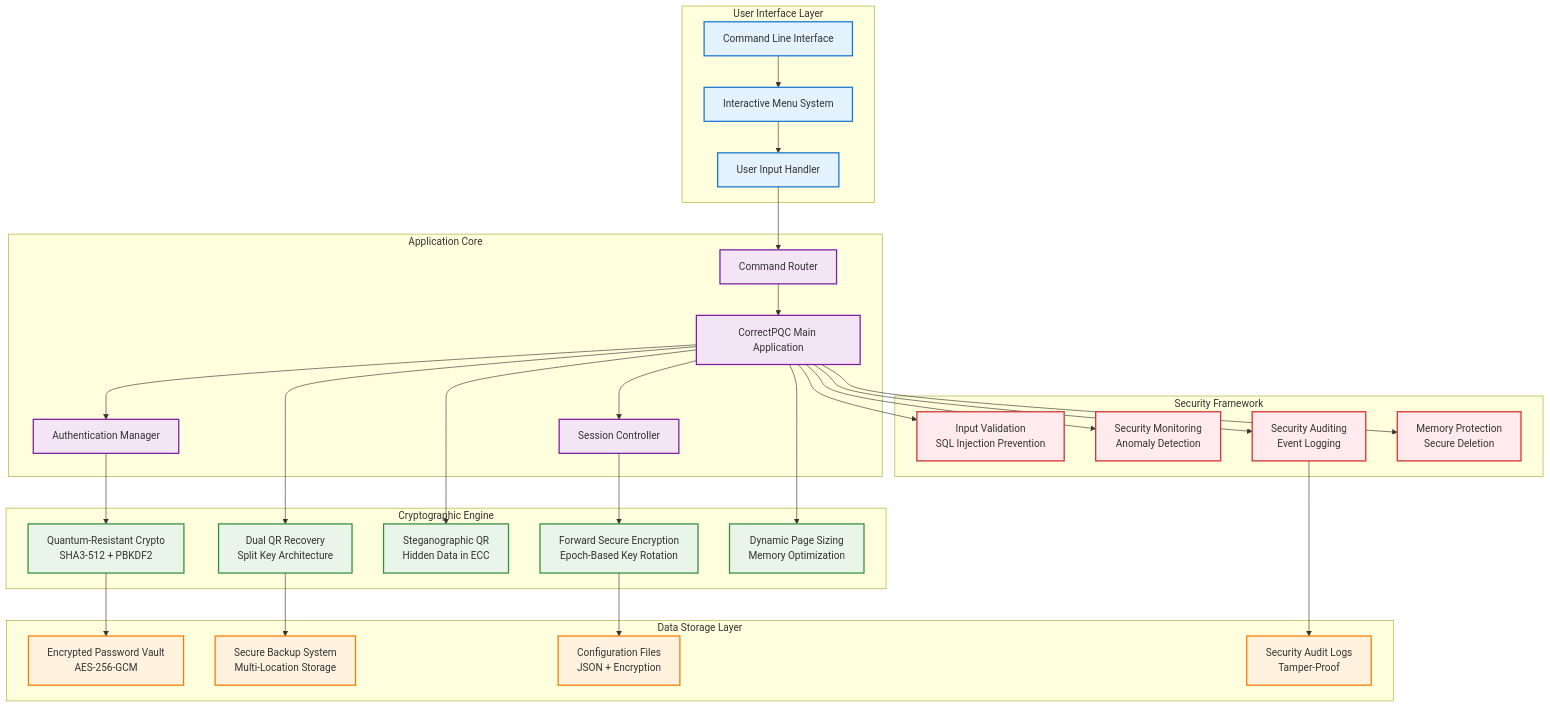
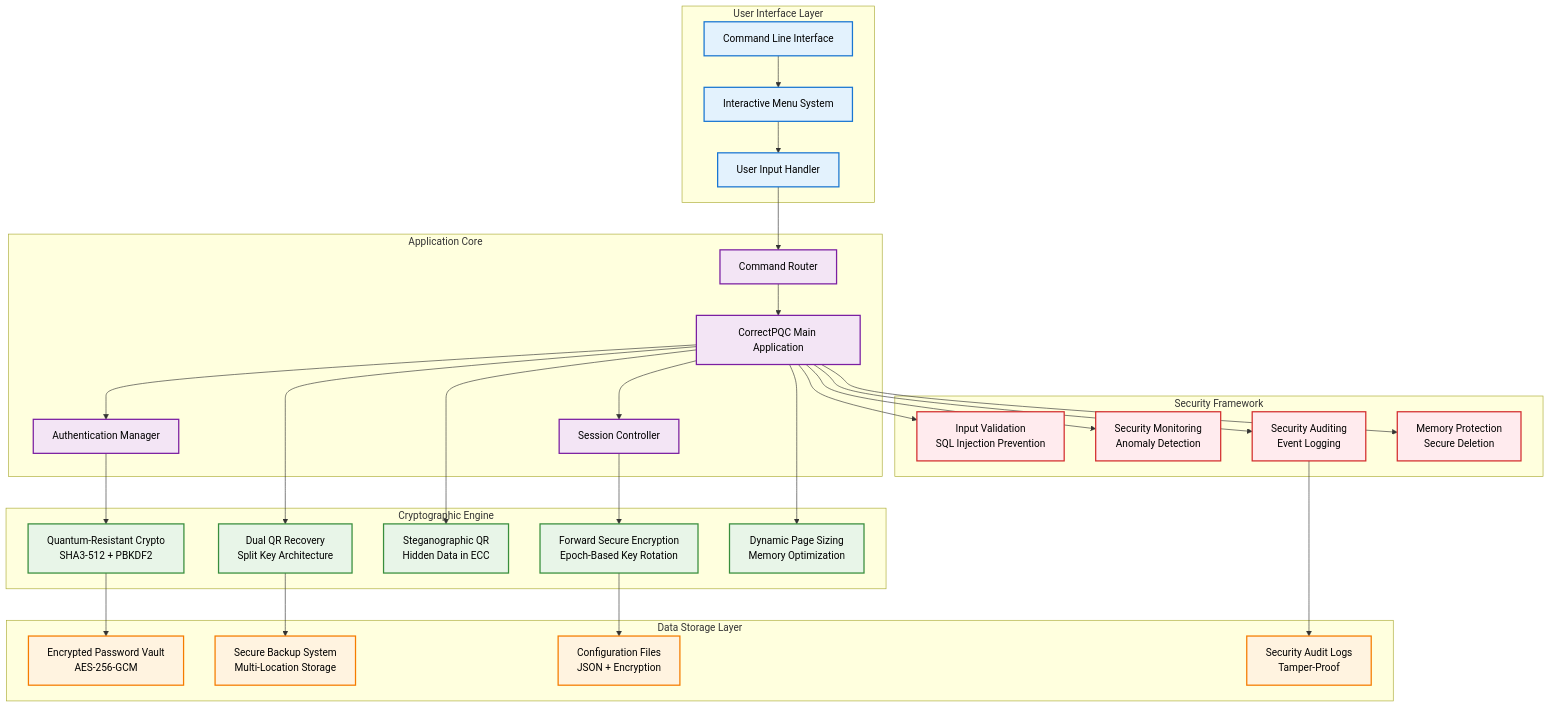
The first of 6 diagrams in README.md (Johnsonajibi/DeviceFingerprinting), drawn with Mermaid before and after one commit. The commit also changed other lines of this file, not shown here.

First line of the commit message:
fixed text color and background contrast in architectural diagrams

````diff
--- a/README.md
+++ b/README.md
@@ -11,76 +11,76 @@
 ```mermaid
 graph TB
     subgraph "User Interface Layer"
         UI[Command Line Interface]
         Menu[Interactive Menu System]
         Input[User Input Handler]
     end
     
     subgraph "Application Core"
         App[CorrectPQC Main Application]
         Auth[Authentication Manager]
         Session[Session Controller]
         Router[Command Router]
     end
     
     subgraph "Cryptographic Engine"
         QRC[Quantum-Resistant Crypto<br/>SHA3-512 + PBKDF2]
         DQR[Dual QR Recovery<br/>Split Key Architecture]
         SQR[Steganographic QR<br/>Hidden Data in ECC]
         FSE[Forward Secure Encryption<br/>Epoch-Based Key Rotation]
         DPS[Dynamic Page Sizing<br/>Memory Optimization]
     end
     
     subgraph "Data Storage Layer"
         Vault[Encrypted Password Vault<br/>AES-256-GCM]
         Backup[Secure Backup System<br/>Multi-Location Storage]
         Config[Configuration Files<br/>JSON + Encryption]
         Logs[Security Audit Logs<br/>Tamper-Proof]
     end
     
     subgraph "Security Framework"
         Validator[Input Validation<br/>SQL Injection Prevention]
         Monitor[Security Monitoring<br/>Anomaly Detection]
         Auditor[Security Auditing<br/>Event Logging]
         MemProtect[Memory Protection<br/>Secure Deletion]
     end
     
     %% User Interface Flow
     UI --> Menu
     Menu --> Input
     Input --> Router
     Router --> App
     
     %% Core Application Flow
     App --> Auth
     App --> Session
     Auth --> QRC
     Session --> FSE
     
     %% Cryptographic Integration
     App --> DQR
     App --> SQR
     App --> DPS
     QRC --> Vault
     DQR --> Backup
     FSE --> Config
     
     %% Security Integration
     App --> Validator
     App --> Monitor
     App --> Auditor
     App --> MemProtect
     Auditor --> Logs
     
-    classDef uiLayer fill:#e3f2fd,stroke:#1976d2,stroke-width:2px
-    classDef coreLayer fill:#f3e5f5,stroke:#7b1fa2,stroke-width:2px
-    classDef cryptoLayer fill:#e8f5e8,stroke:#388e3c,stroke-width:2px
-    classDef storageLayer fill:#fff3e0,stroke:#f57c00,stroke-width:2px
-    classDef securityLayer fill:#ffebee,stroke:#d32f2f,stroke-width:2px
+    classDef uiLayer fill:#e3f2fd,stroke:#1976d2,stroke-width:2px,color:#000000
+    classDef coreLayer fill:#f3e5f5,stroke:#7b1fa2,stroke-width:2px,color:#000000
+    classDef cryptoLayer fill:#e8f5e8,stroke:#388e3c,stroke-width:2px,color:#000000
+    classDef storageLayer fill:#fff3e0,stroke:#f57c00,stroke-width:2px,color:#000000
+    classDef securityLayer fill:#ffebee,stroke:#d32f2f,stroke-width:2px,color:#000000
     
     class UI,Menu,Input uiLayer
     class App,Auth,Session,Router coreLayer
     class QRC,DQR,SQR,FSE,DPS cryptoLayer
     class Vault,Backup,Config,Logs storageLayer
     class Validator,Monitor,Auditor,MemProtect securityLayer
 ```
````
